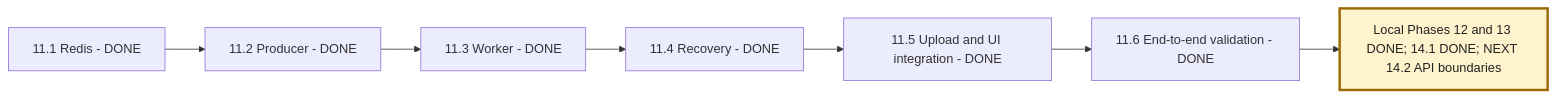
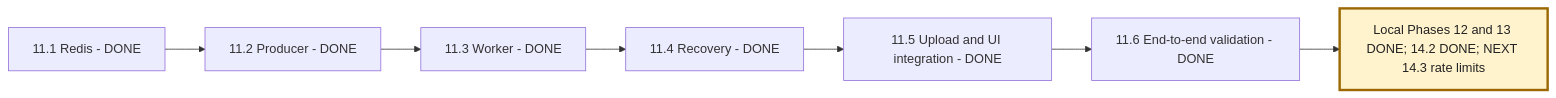
The third of 6 diagrams in NEXAAI_ROADMAP.md (msdian0007/nexaAi), drawn with Mermaid before and after one commit. The commit also changed other lines of this file and 34 other files, not shown here.

````diff
--- a/NEXAAI_ROADMAP.md
+++ b/NEXAAI_ROADMAP.md
@@ -259,10 +260,10 @@
 ```mermaid
 flowchart LR
     A[11.1 Redis - DONE] --> B[11.2 Producer - DONE]
     B --> C[11.3 Worker - DONE]
     C --> D[11.4 Recovery - DONE]
     D --> E[11.5 Upload and UI integration - DONE]
     E --> F[11.6 End-to-end validation - DONE]
-    F --> G[Local Phases 12 and 13 DONE; 14.1 DONE; NEXT 14.2 API boundaries]
+    F --> G[Local Phases 12 and 13 DONE; 14.2 DONE; NEXT 14.3 rate limits]
     style G fill:#fff3cd,stroke:#9a6700,stroke-width:3px,color:#222
 ```
````
